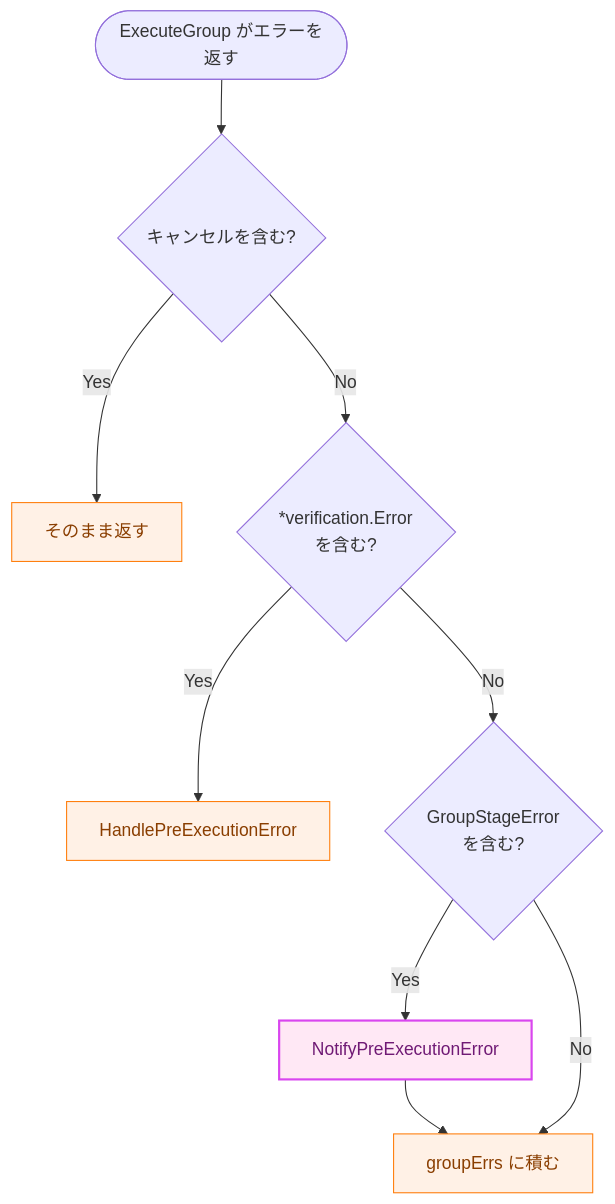
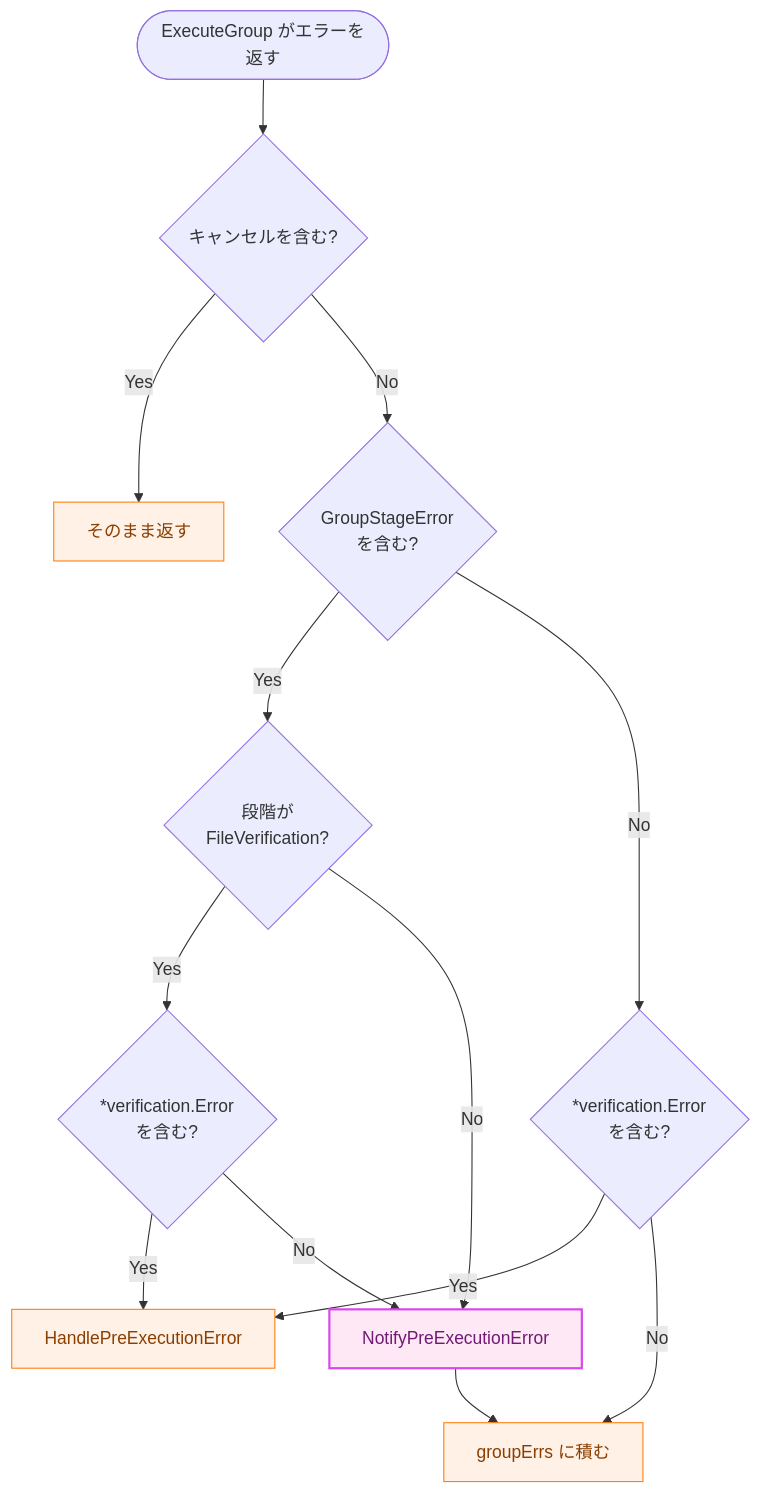
One commit to isseis/go-safe-cmd-runner changed diagram 11 of 14 in docs/tasks/0176_group_pre_execution_failure_notification/02_architecture.md. Above: the diagram before and after it, drawn with Mermaid. The commit also changed other lines of this file, not shown here.

````diff
--- a/docs/tasks/0176_group_pre_execution_failure_notification/02_architecture.md
+++ b/docs/tasks/0176_group_pre_execution_failure_notification/02_architecture.md
@@ -751,17 +757,21 @@
 ```mermaid
 flowchart TD
     classDef process fill:#fff1e6,stroke:#ff7f0e,stroke-width:1px,color:#8a3e00;
     classDef newpkg fill:#ffe8f5,stroke:#d946ef,stroke-width:2px,color:#701a75;
 
     Start(["ExecuteGroup がエラーを返す"]) --> C1{"キャンセルを含む?"}
     C1 -->|"Yes"| R1["そのまま返す"]
-    C1 -->|"No"| C2{"*verification.Error<br>を含む?"}
-    C2 -->|"Yes"| R2["HandlePreExecutionError"]
-    C2 -->|"No"| C3{"GroupStageError<br>を含む?"}
-    C3 -->|"Yes"| R3["NotifyPreExecutionError"]
+    C1 -->|"No"| C2{"GroupStageError<br>を含む?"}
+    C2 -->|"Yes"| C3{"段階が<br>FileVerification?"}
+    C3 -->|"Yes"| C4{"*verification.Error<br>を含む?"}
+    C4 -->|"Yes"| R2["HandlePreExecutionError"]
+    C4 -->|"No"| R3["NotifyPreExecutionError"]
+    C3 -->|"No"| R3
     R3 --> R4["groupErrs に積む"]
-    C3 -->|"No"| R4
+    C2 -->|"No"| C5{"*verification.Error<br>を含む?"}
+    C5 -->|"Yes"| R2
+    C5 -->|"No"| R4
 
     class R1,R2,R4 process
     class R3 newpkg
 ```
````
